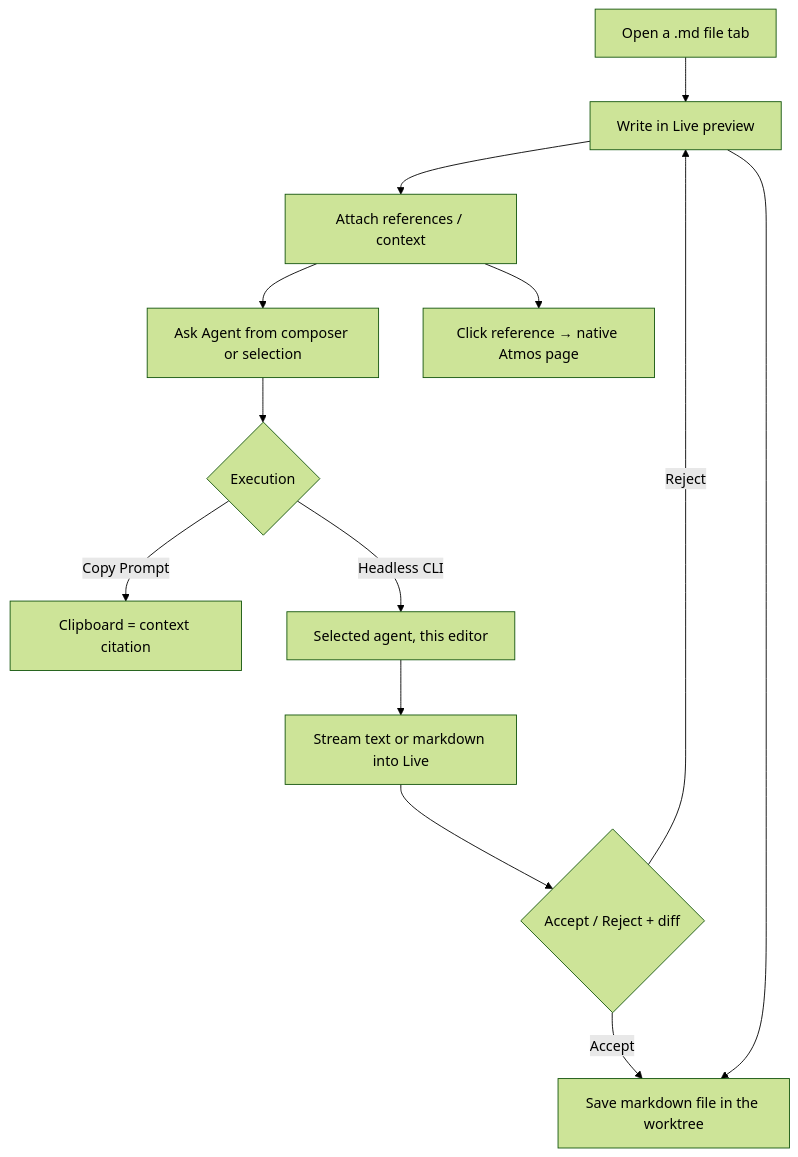
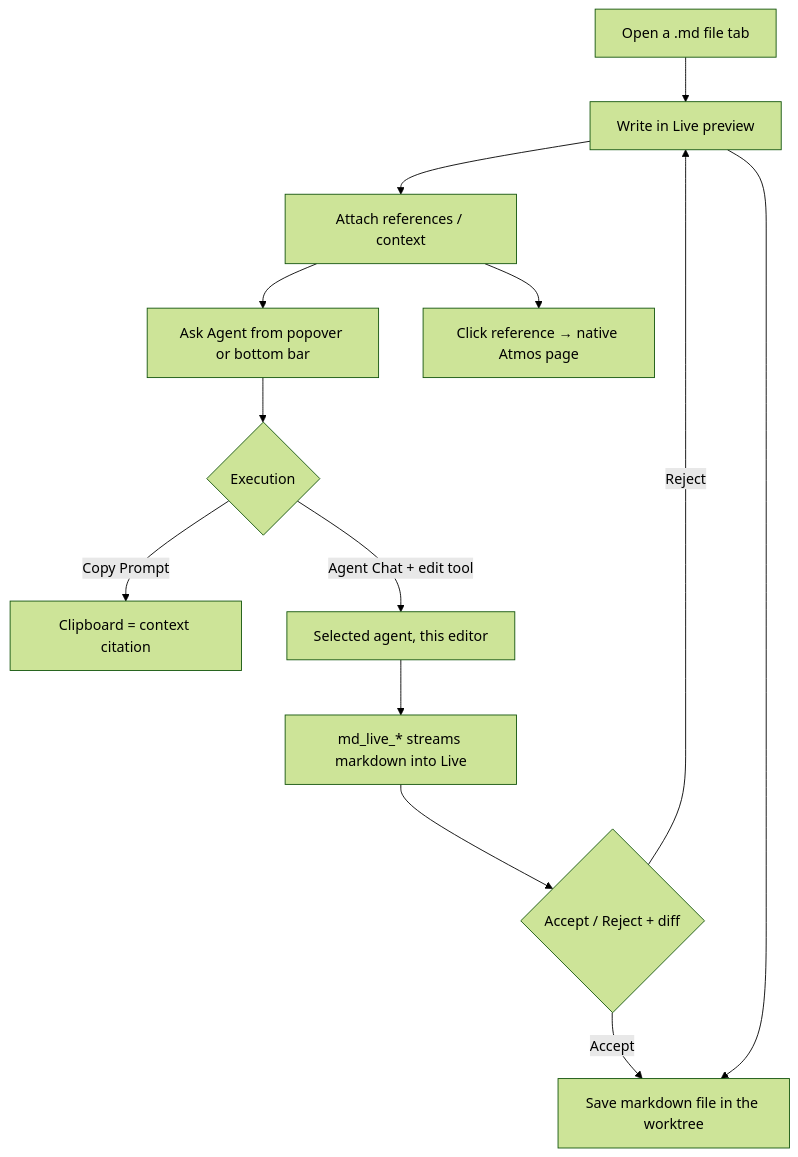
Before and after one commit to AruNi-01/atmos: the diagram in specs/APP/APP-067_document-editor/PRD.md, drawn with Mermaid (forest theme). The commit also changed other lines of this file and 52 other files, not shown here.

First line of the commit message:
feat(md-live): reuse Agent Chat for Live markdown edits

````diff
--- a/specs/APP/APP-067_document-editor/PRD.md
+++ b/specs/APP/APP-067_document-editor/PRD.md
@@ -41,15 +43,15 @@
 ```mermaid
 flowchart TD
   A["Open a .md file tab"] --> B["Write in Live preview"]
   B --> C["Attach references / context"]
-  C --> D["Ask Agent from composer or selection"]
+  C --> D["Ask Agent from popover or bottom bar"]
   D --> E{"Execution"}
   E -->|"Copy Prompt"| F["Clipboard = context citation"]
-  E -->|"Headless CLI"| H["Selected agent, this editor"]
-  H --> S["Stream text or markdown into Live"]
+  E -->|"Agent Chat + edit tool"| H["Selected agent, this editor"]
+  H --> S["md_live_* streams markdown into Live"]
   S --> AR{"Accept / Reject + diff"}
   AR -->|"Accept"| J["Save markdown file in the worktree"]
   AR -->|"Reject"| B
   B --> J
   C --> K["Click reference → native Atmos page"]
 ```
````
